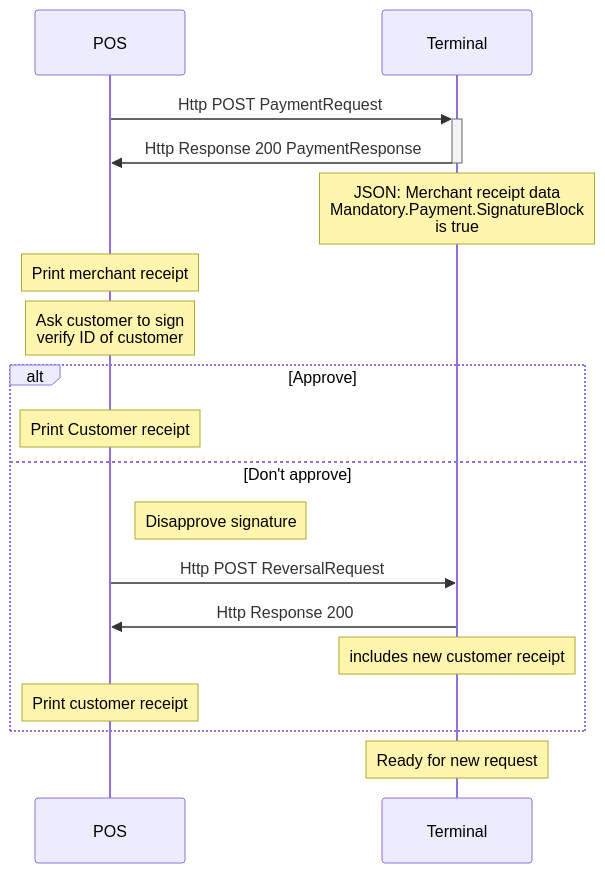
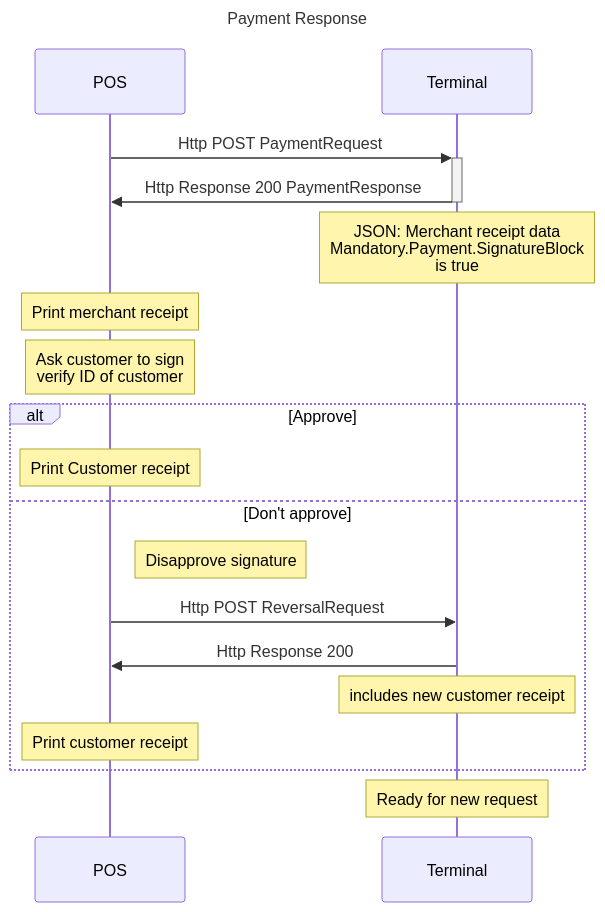
The second of 2 diagrams in pax-terminal/Nexo-Retailer/Quick-guide/payment-response.md (SwedbankPay/developer.swedbankpay.com), drawn with Mermaid before and after one commit. The commit also changed other lines of this file and 66 other files, not shown here.

Commit message:
Added titles in sequence diagrams

````diff
--- a/pax-terminal/Nexo-Retailer/Quick-guide/payment-response.md
+++ b/pax-terminal/Nexo-Retailer/Quick-guide/payment-response.md
@@ -63,18 +64,19 @@
 ```mermaid
 sequenceDiagram
+title: Payment Response
 POS->>+Terminal: Http POST PaymentRequest
 Terminal->>-POS: Http Response 200 PaymentResponse
 Note over Terminal: JSON: Merchant receipt data<br>Mandatory.Payment.SignatureBlock<br>is true
     Note over POS: Print merchant receipt
     Note over POS: Ask customer to sign<br>verify ID of customer
 alt Approve
     Note over POS: Print Customer receipt
 else Don't approve
     Note right of POS: Disapprove signature
     POS->>Terminal: Http POST ReversalRequest
-    Terminal->>POS: Http Response 200 
+    Terminal->>POS: Http Response 200
     Note over Terminal: includes new customer receipt
     Note over POS: Print customer receipt
-end 
+end
 Note over Terminal: Ready for new request
 ```
````
